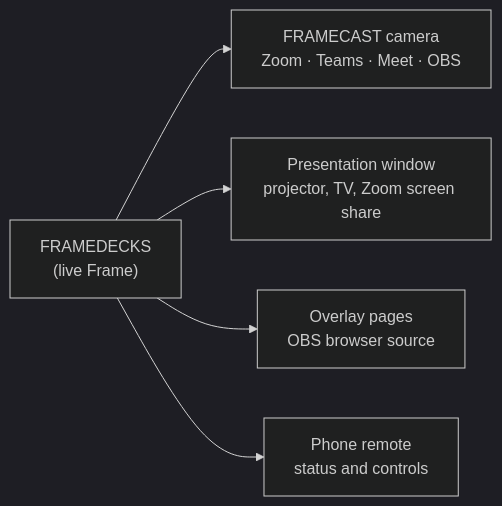
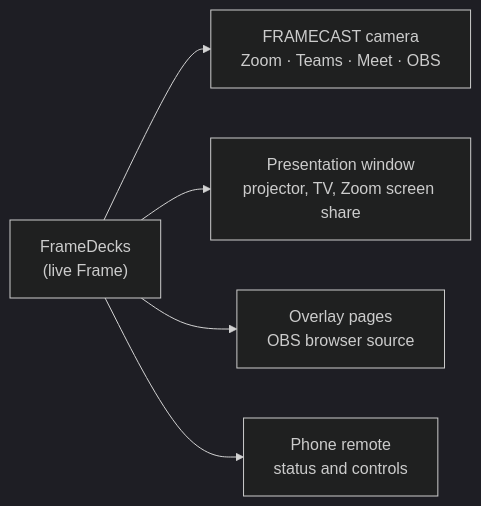
One commit to mshobin/FrameDecks changed the diagram in docs/presentations.md. Above: the diagram before and after it, drawn with Mermaid (dark theme). The commit also changed other lines of this file and 254 other files, not shown here.

````diff
--- a/docs/presentations.md
+++ b/docs/presentations.md
@@ -30,7 +30,7 @@
 ```mermaid
 flowchart LR
-  K["FRAMEDECKS<br/>(live Frame)"] --> CAM["FRAMECAST camera<br/>Zoom · Teams · Meet · OBS"]
+  K["FrameDecks<br/>(live Frame)"] --> CAM["FRAMECAST camera<br/>Zoom · Teams · Meet · OBS"]
   K --> PW["Presentation window<br/>projector, TV, Zoom screen share"]
   K --> OV["Overlay pages<br/>OBS browser source"]
   K --> PH["Phone remote<br/>status and controls"]
 ```
````
